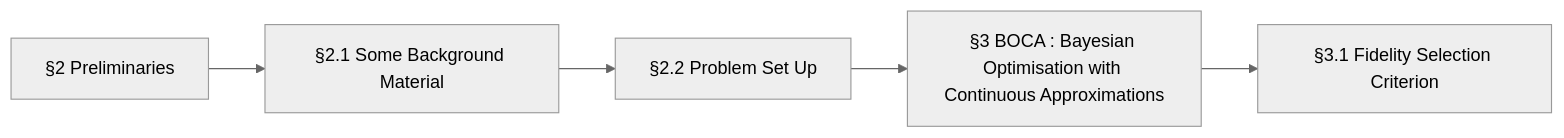
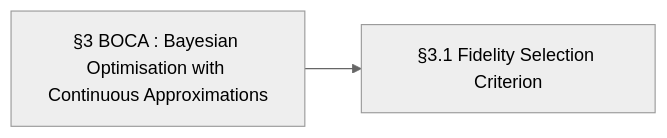
The ninth of 19 diagrams in docs/research/work-r3-budget-stop-2026-11-25.md (DarknessLED/dsh-loom), drawn with Mermaid (neutral theme) before and after one commit. The commit also changed other lines of this file and 39 other files, not shown here.

````diff
--- a/docs/research/work-r3-budget-stop-2026-11-25.md
+++ b/docs/research/work-r3-budget-stop-2026-11-25.md
@@ -793,12 +813,6 @@
 ```mermaid
 flowchart LR
-  N0["§2 Preliminaries"]
-  N1["§2.1 Some Background Material"]
-  N2["§2.2 Problem Set Up"]
-  N3["§3 BOCA : Bayesian Optimisation with Continuous Approximations"]
-  N4["§3.1 Fidelity Selection Criterion"]
+  N0["§3 BOCA : Bayesian Optimisation with Continuous Approximations"]
+  N1["§3.1 Fidelity Selection Criterion"]
   N0 --> N1
-  N1 --> N2
-  N2 --> N3
-  N3 --> N4
 ```
````
